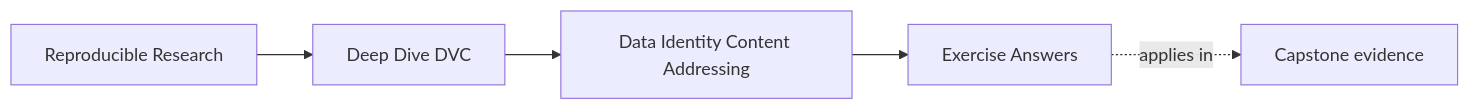
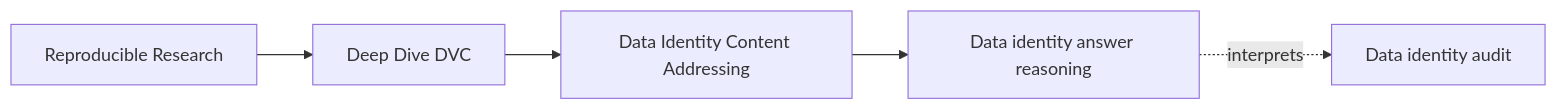
One commit to bijux/bijux-masterclass changed the first of 3 diagrams in programs/reproducible-research/deep-dive-dvc/course-book/module-02-data-identity-content-addressing/exercise-answers.md. Above: the diagram before and after it, drawn with Mermaid. The commit also changed other lines of this file, not shown here.

Commit message:
docs(dvc): teach data identity answer reasoning

````diff
--- a/programs/reproducible-research/deep-dive-dvc/course-book/module-02-data-identity-content-addressing/exercise-answers.md
+++ b/programs/reproducible-research/deep-dive-dvc/course-book/module-02-data-identity-content-addressing/exercise-answers.md
@@ -7,11 +6,11 @@
 ```mermaid
 graph LR
   family["Reproducible Research"]
   program["Deep Dive DVC"]
   section["Data Identity Content Addressing"]
-  page["Exercise Answers"]
-  capstone["Capstone evidence"]
+  page["Data identity answer reasoning"]
+  capstone["Data identity audit"]
 
   family --> program --> section --> page
-  page -.applies in.-> capstone
+  page -.interprets.-> capstone
 ```
````
